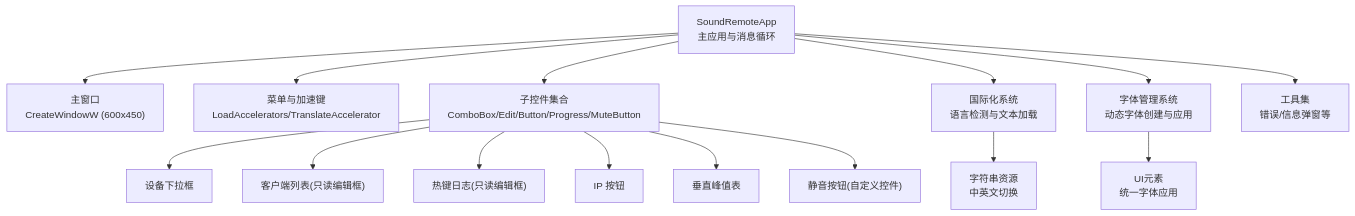
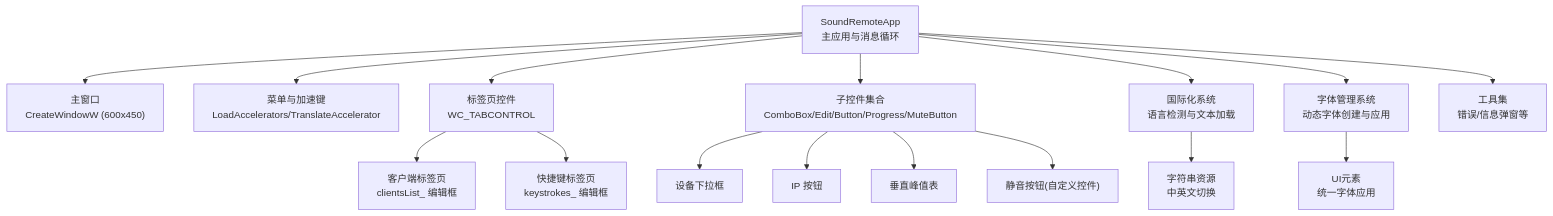
One commit to tea4go/SoundRemote-WinServer changed the first of 12 diagrams in .qoder/repowiki/zh/content/用户界面.md. Above: the diagram before and after it, drawn with Mermaid. The commit also changed other lines of this file and 10 other files, not shown here.

````diff
--- a/.qoder/repowiki/zh/content/用户界面.md
+++ b/.qoder/repowiki/zh/content/用户界面.md
@@ -47,17 +48,18 @@
 ```mermaid
 graph TB
 App["SoundRemoteApp<br/>主应用与消息循环"] --> MainWin["主窗口<br/>CreateWindowW (600x450)"]
 App --> Menu["菜单与加速键<br/>LoadAccelerators/TranslateAccelerator"]
+App --> TabControl["标签页控件<br/>WC_TABCONTROL"]
 App --> Controls["子控件集合<br/>ComboBox/Edit/Button/Progress/MuteButton"]
 App --> I18N["国际化系统<br/>语言检测与文本加载"]
 App --> FontMgr["字体管理系统<br/>动态字体创建与应用"]
+TabControl --> ClientTab["客户端标签页<br/>clientsList_ 编辑框"]
+TabControl --> KeystrokeTab["快捷键标签页<br/>keystrokes_ 编辑框"]
 Controls --> DeviceCB["设备下拉框"]
-Controls --> ClientList["客户端列表(只读编辑框)"]
-Controls --> Keystrokes["热键日志(只读编辑框)"]
 Controls --> IPBtn["IP 按钮"]
 Controls --> PeakMeter["垂直峰值表"]
 Controls --> MuteBtn["静音按钮(自定义控件)"]
 I18N --> Strings["字符串资源<br/>中英文切换"]
 FontMgr --> UIElements["UI元素<br/>统一字体应用"]
 App --> Util["工具集<br/>错误/信息弹窗等"]
 ```
````
